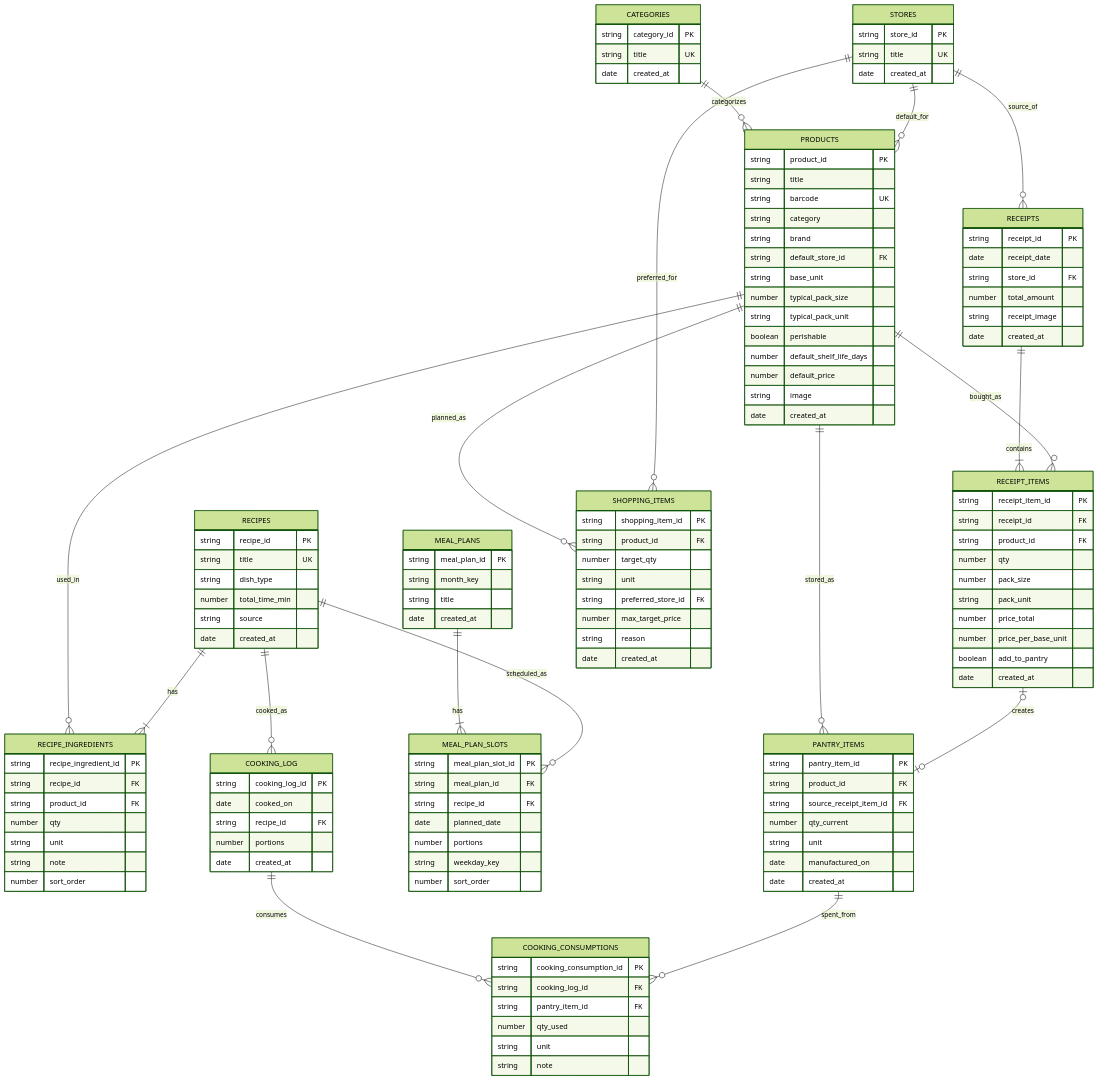
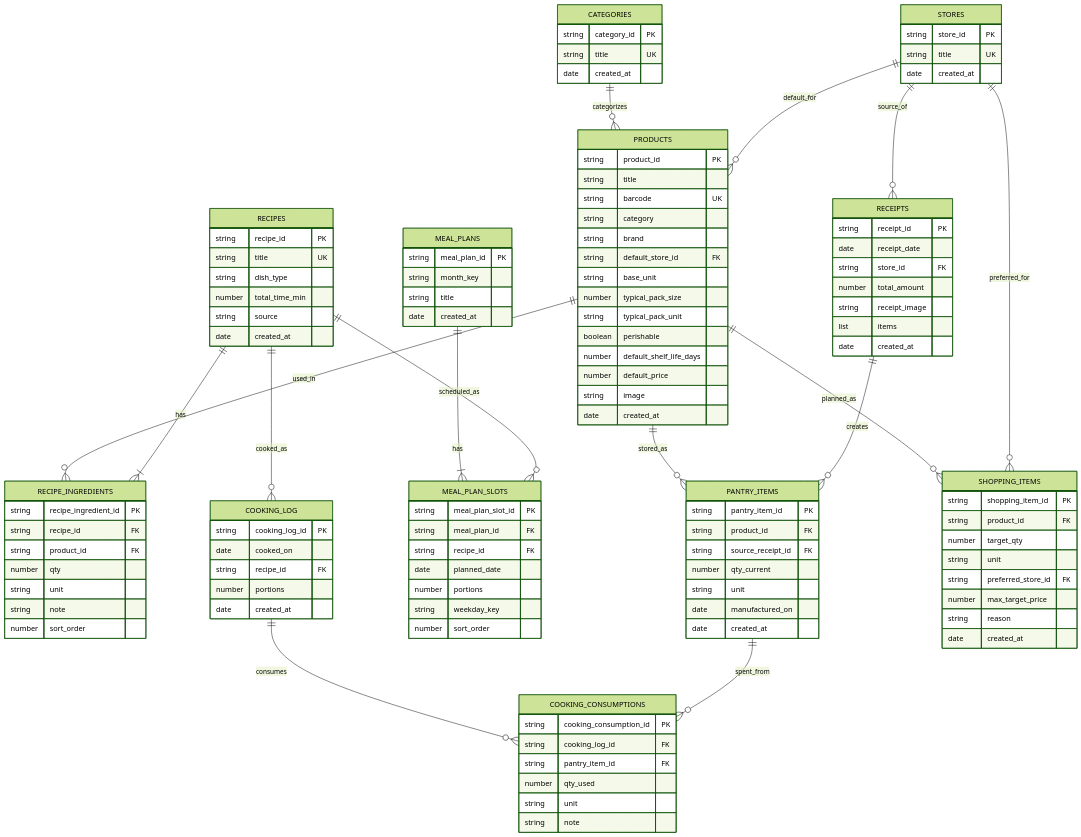
One commit to smeryse/Knowledge-Base changed the diagram in Projects/Кухня/Docs/Schema.md. Above: the diagram before and after it, drawn with Mermaid (forest theme). The commit also changed other lines of this file and 131 other files, not shown here.

```diff
--- a/Projects/Кухня/Docs/Schema.md
+++ b/Projects/Кухня/Docs/Schema.md
@@ -110,26 +109,14 @@
         string store_id FK
         number total_amount
         string receipt_image
-        date created_at
-    }
-
-    RECEIPT_ITEMS {
-        string receipt_item_id PK
-        string receipt_id FK
-        string product_id FK
-        number qty
-        number pack_size
-        string pack_unit
-        number price_total
-        number price_per_base_unit
-        boolean add_to_pantry
+        list items
         date created_at
     }
 
     PANTRY_ITEMS {
         string pantry_item_id PK
         string product_id FK
-        string source_receipt_item_id FK
+        string source_receipt_id FK
         number qty_current
         string unit
         date manufactured_on
@@ -186,10 +173,8 @@
     STORES ||--o{ RECEIPTS : source_of
     PRODUCTS ||--o{ RECIPE_INGREDIENTS : used_in
     RECIPES ||--|{ RECIPE_INGREDIENTS : has
-    RECEIPTS ||--|{ RECEIPT_ITEMS : contains
-    PRODUCTS ||--o{ RECEIPT_ITEMS : bought_as
     PRODUCTS ||--o{ PANTRY_ITEMS : stored_as
-    RECEIPT_ITEMS o|--o| PANTRY_ITEMS : creates
+    RECEIPTS ||--o{ PANTRY_ITEMS : creates
     MEAL_PLANS ||--|{ MEAL_PLAN_SLOTS : has
     RECIPES ||--o{ MEAL_PLAN_SLOTS : scheduled_as
     RECIPES ||--o{ COOKING_LOG : cooked_as
```
